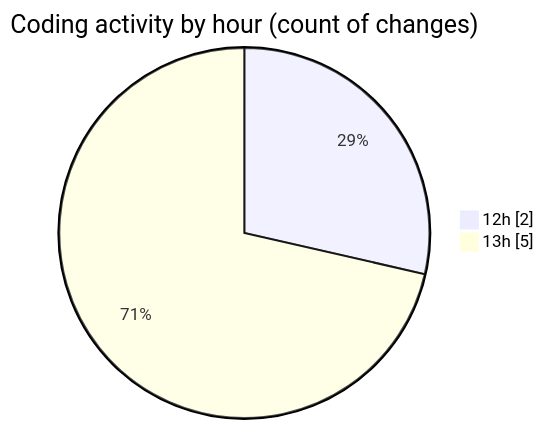
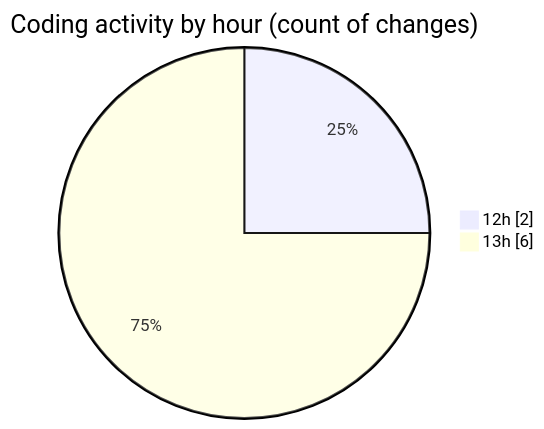
Before and after one commit to idhammustaqopulfikri/code-tracking: the second of 2 diagrams in 2025-11-13/futsal-recommender/README.md, drawn with Mermaid. The commit also changed other lines of this file and 1 other file, not shown here.

````diff
--- a/2025-11-13/futsal-recommender/README.md
+++ b/2025-11-13/futsal-recommender/README.md
@@ -33,6 +34,6 @@
 ```mermaid
 pie showData
 title Coding activity by hour (count of changes)
 "12h" : 2
-"13h" : 5
+"13h" : 6
 ```
````
